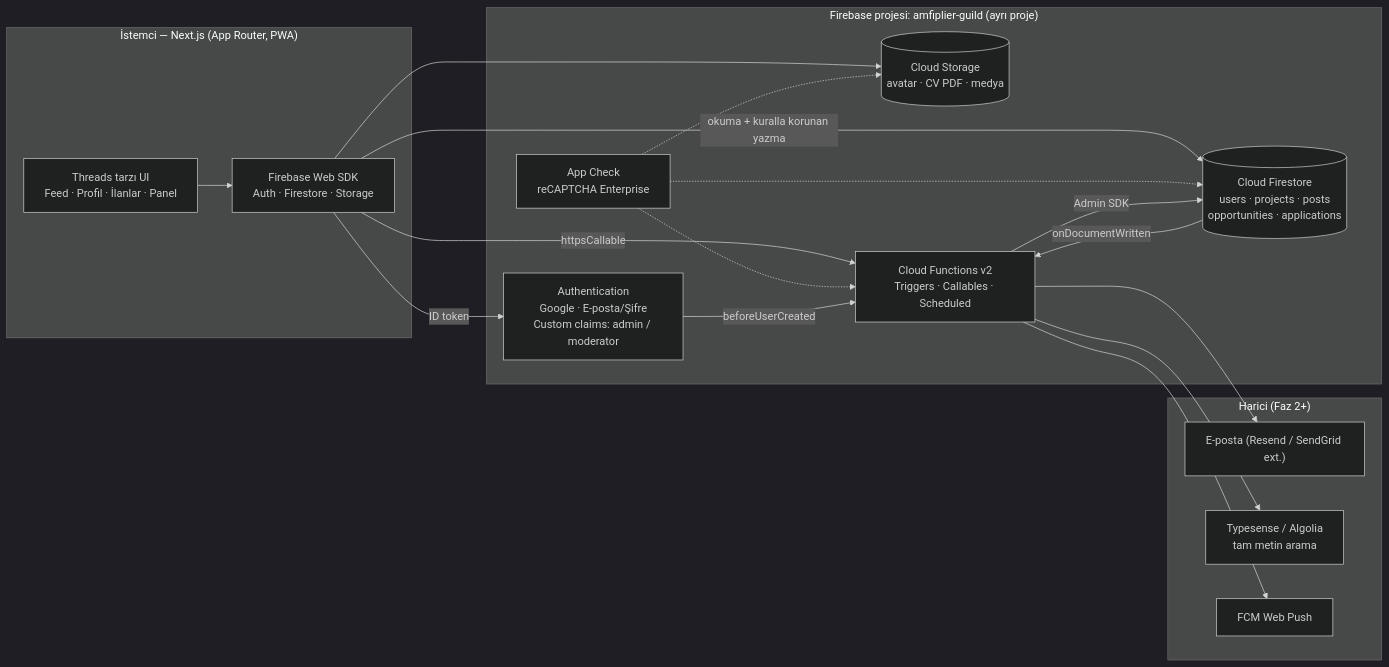
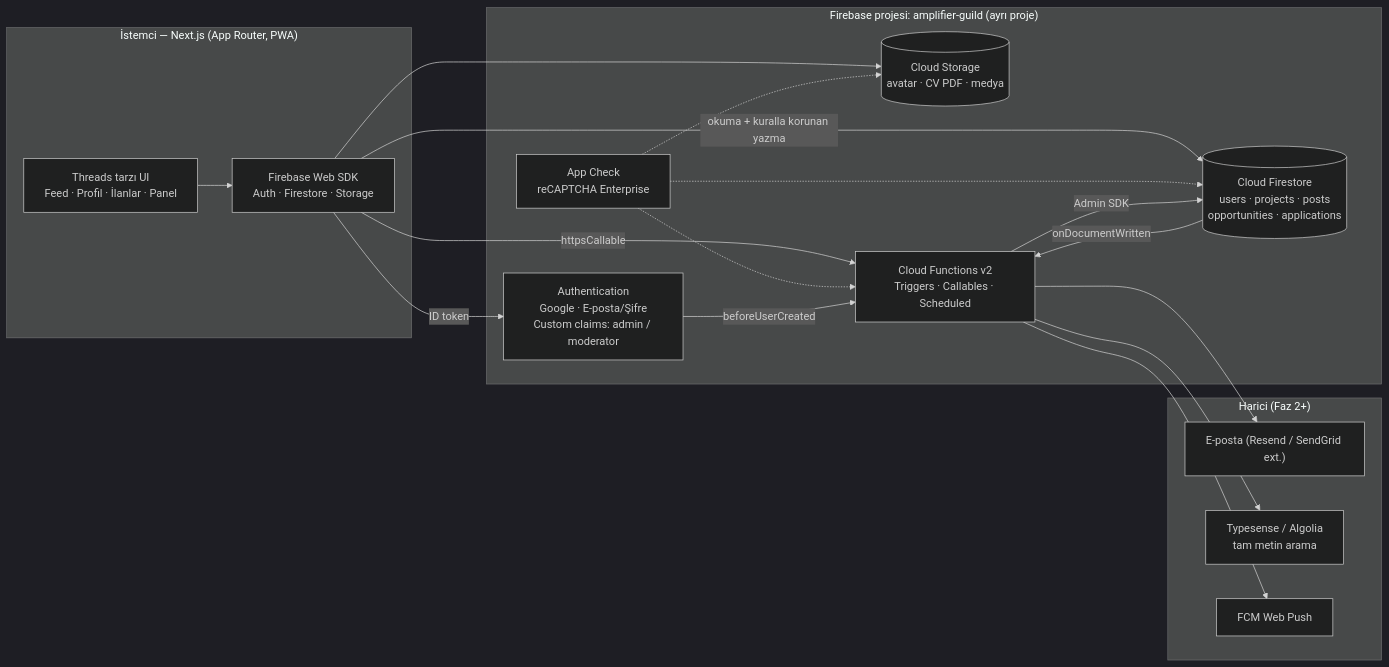
One commit to fizkall/Amplifier-guild changed the first of 4 diagrams in docs/ARCHITECTURE.md. Above: the diagram before and after it, drawn with Mermaid (dark theme). The commit also changed other lines of this file and 24 other files, not shown here.

First line of the commit message:
İsim her yerde 'Amplifier Guild'

````diff
--- a/docs/ARCHITECTURE.md
+++ b/docs/ARCHITECTURE.md
@@ -14,32 +14,32 @@
 ```mermaid
 flowchart LR
     subgraph Client["İstemci — Next.js (App Router, PWA)"]
         UI["Threads tarzı UI<br/>Feed · Profil · İlanlar · Panel"]
         SDK["Firebase Web SDK<br/>Auth · Firestore · Storage"]
     end
 
-    subgraph Firebase["Firebase projesi: amfiplier-guild (ayrı proje)"]
+    subgraph Firebase["Firebase projesi: amplifier-guild (ayrı proje)"]
         AUTH["Authentication<br/>Google · E-posta/Şifre<br/>Custom claims: admin / moderator"]
         FS[("Cloud Firestore<br/>users · projects · posts<br/>opportunities · applications")]
         ST[("Cloud Storage<br/>avatar · CV PDF · medya")]
         FN["Cloud Functions v2<br/>Triggers · Callables · Scheduled"]
         AC["App Check<br/>reCAPTCHA Enterprise"]
     end
 
     subgraph Ext["Harici (Faz 2+)"]
         MAIL["E-posta (Resend / SendGrid ext.)"]
         SEARCH["Typesense / Algolia<br/>tam metin arama"]
         FCM["FCM Web Push"]
     end
 
     UI --> SDK
     SDK -->|ID token| AUTH
     SDK -->|okuma + kuralla korunan yazma| FS
     SDK --> ST
     SDK -->|httpsCallable| FN
     AC -.-> FS & FN & ST
     FS -->|onDocumentWritten| FN
     AUTH -->|beforeUserCreated| FN
     FN -->|Admin SDK| FS
     FN --> MAIL & SEARCH & FCM
 ```
````
